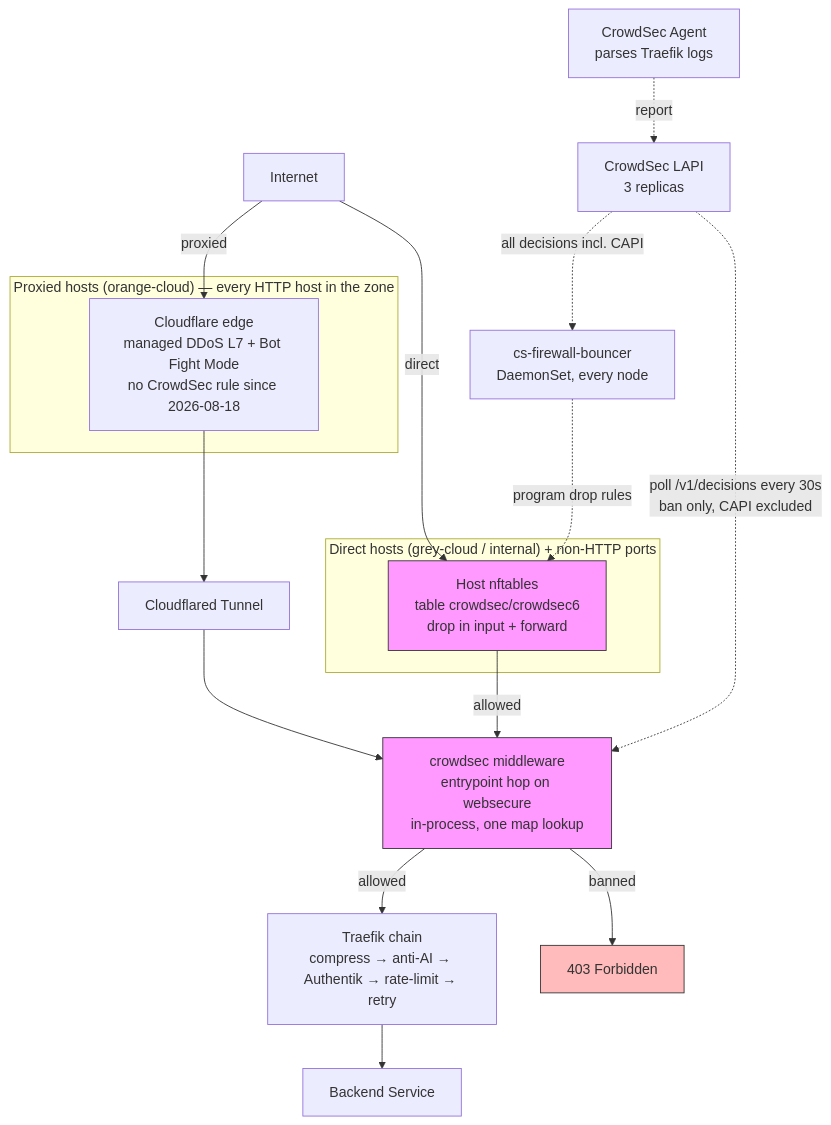
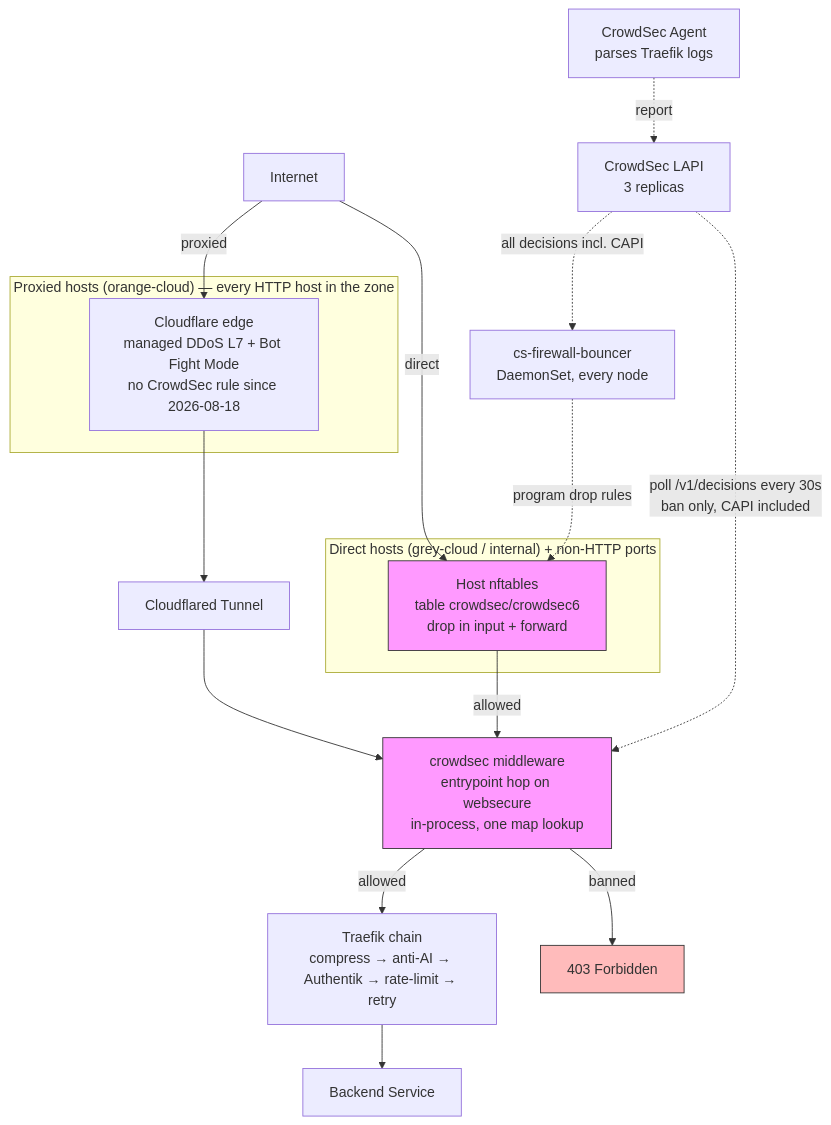
Before and after one commit to ViktorBarzin/infra: the diagram in docs/architecture/security.md, drawn with Mermaid. The commit also changed other lines of this file and 3 other files, not shown here.

````diff
--- a/docs/architecture/security.md
+++ b/docs/architecture/security.md
@@ -20,38 +20,38 @@
 ```mermaid
 graph TB
     Internet[Internet]
 
     subgraph "Proxied hosts (orange-cloud) — every HTTP host in the zone"
         CFedge[Cloudflare edge<br/>managed DDoS L7 + Bot Fight Mode<br/>no CrowdSec rule since 2026-08-18]
     end
     subgraph "Direct hosts (grey-cloud / internal) + non-HTTP ports"
         NFT[Host nftables<br/>table crowdsec/crowdsec6<br/>drop in input + forward]
     end
 
     Tunnel[Cloudflared Tunnel]
     Bouncer[crowdsec middleware<br/>entrypoint hop on websecure<br/>in-process, one map lookup]
     Traefik[Traefik chain<br/>compress → anti-AI → Authentik → rate-limit → retry]
     Backend[Backend Service]
 
     LAPI[CrowdSec LAPI<br/>3 replicas]
     Agent[CrowdSec Agent<br/>parses Traefik logs]
     FWB[cs-firewall-bouncer<br/>DaemonSet, every node]
 
     Internet -->|proxied| CFedge
     Internet -->|direct| NFT
     CFedge --> Tunnel
     Tunnel --> Bouncer
     NFT -->|allowed| Bouncer
     Bouncer -->|allowed| Traefik
     Bouncer -->|banned| Deny[403 Forbidden]
     Traefik --> Backend
 
     Agent -.->|report| LAPI
     LAPI -.->|all decisions incl. CAPI| FWB
     FWB -.->|program drop rules| NFT
-    LAPI -.->|poll /v1/decisions every 30s<br/>ban only, CAPI excluded| Bouncer
+    LAPI -.->|poll /v1/decisions every 30s<br/>ban only, CAPI included| Bouncer
 
     style Bouncer fill:#f9f,stroke:#333
     style NFT fill:#f9f,stroke:#333
     style Deny fill:#fbb,stroke:#333
 ```
````
